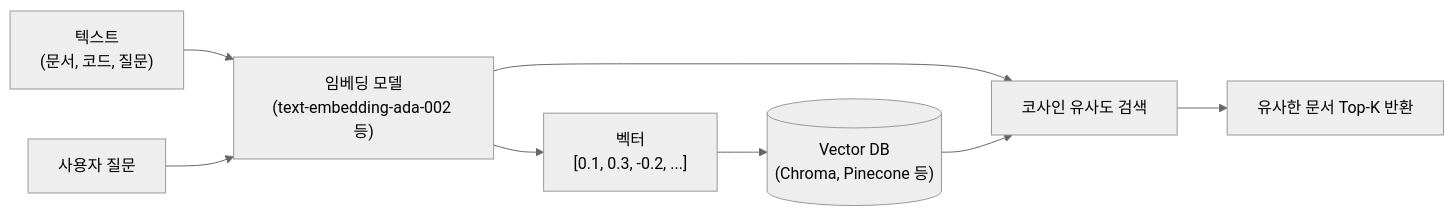
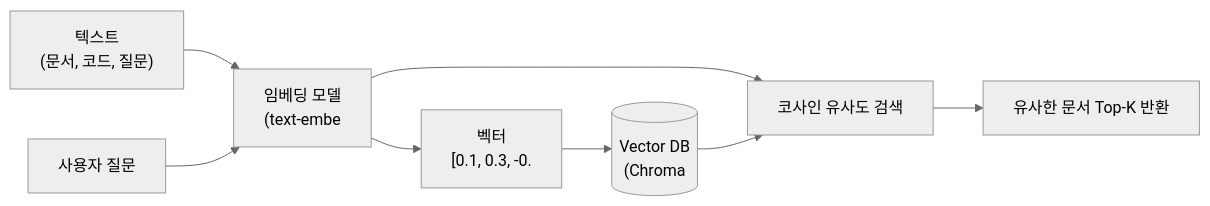
The second of 2 diagrams in _posts/ai/2026-05-01-ai-tools.md (yjkim2015/yjkim2015.github.io), drawn with Mermaid (neutral theme) before and after one commit. The commit also changed other lines of this file and 271 other files, not shown here.

First line of the commit message:
Mermaid 라벨 축소: 긴 노드 텍스트 18자 이하로 트림 + \n 제거

````diff
--- a/_posts/ai/2026-05-01-ai-tools.md
+++ b/_posts/ai/2026-05-01-ai-tools.md
@@ -228,10 +228,10 @@
 ```mermaid
 graph LR
-    TEXT["텍스트\n(문서, 코드, 질문)"] --> EMBED["임베딩 모델\n(text-embedding-ada-002 등)"]
-    EMBED --> VEC["벡터\n[0.1, 0.3, -0.2, ...]"]
-    VEC --> VDB[("Vector DB\n(Chroma, Pinecone 등)")]
+    TEXT["텍스트\n(문서, 코드, 질문)"] --> EMBED["임베딩 모델\n(text-embe"]
+    EMBED --> VEC["벡터\n[0.1, 0.3, -0."]
+    VEC --> VDB[("Vector DB\n(Chroma")]
     QUERY["사용자 질문"] --> EMBED
     EMBED --> SEARCH["코사인 유사도 검색"]
     VDB --> SEARCH
     SEARCH --> RESULT["유사한 문서 Top-K 반환"]
 ```
````
